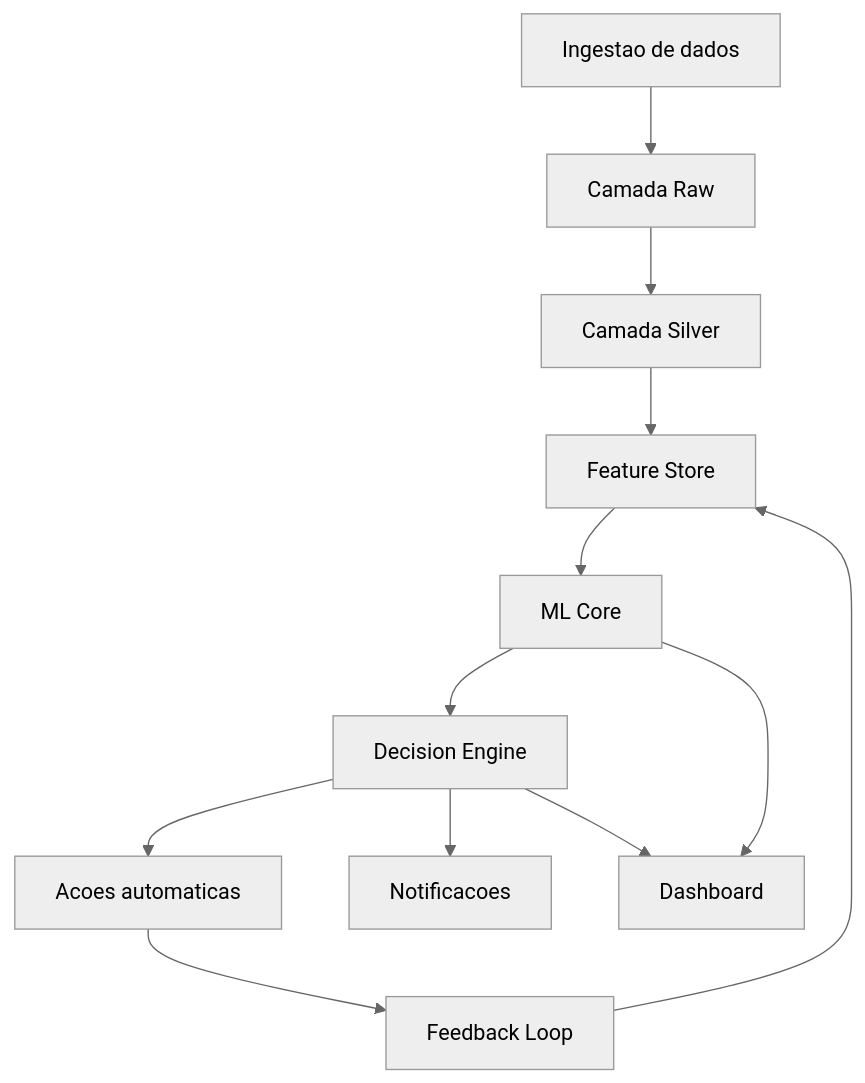
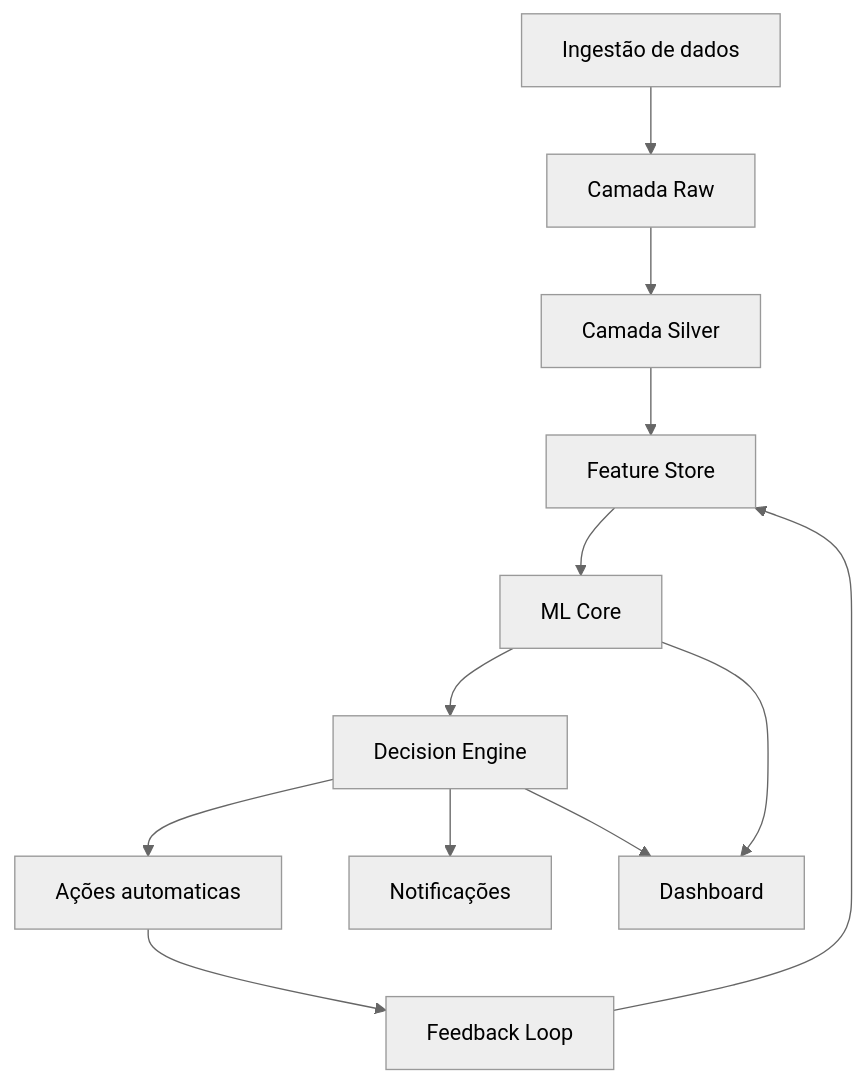
The first of 5 diagrams in README.md (murylomarques/AI_Network_Guardian), drawn with Mermaid (neutral theme) before and after one commit. The commit also changed other lines of this file, not shown here.

````diff
--- a/README.md
+++ b/README.md
@@ -126,14 +126,14 @@
 ```mermaid
 flowchart TB
-  A[Ingestao de dados] --> B[Camada Raw]
+  A[Ingestão de dados] --> B[Camada Raw]
   B --> C[Camada Silver]
   C --> D[Feature Store]
   D --> E[ML Core]
   E --> F[Decision Engine]
-  F --> G[Acoes automaticas]
-  F --> H[Notificacoes]
+  F --> G[Ações automaticas]
+  F --> H[Notificações]
   E --> I[Dashboard]
   F --> I
   G --> J[Feedback Loop]
   J --> D
 ```
````
